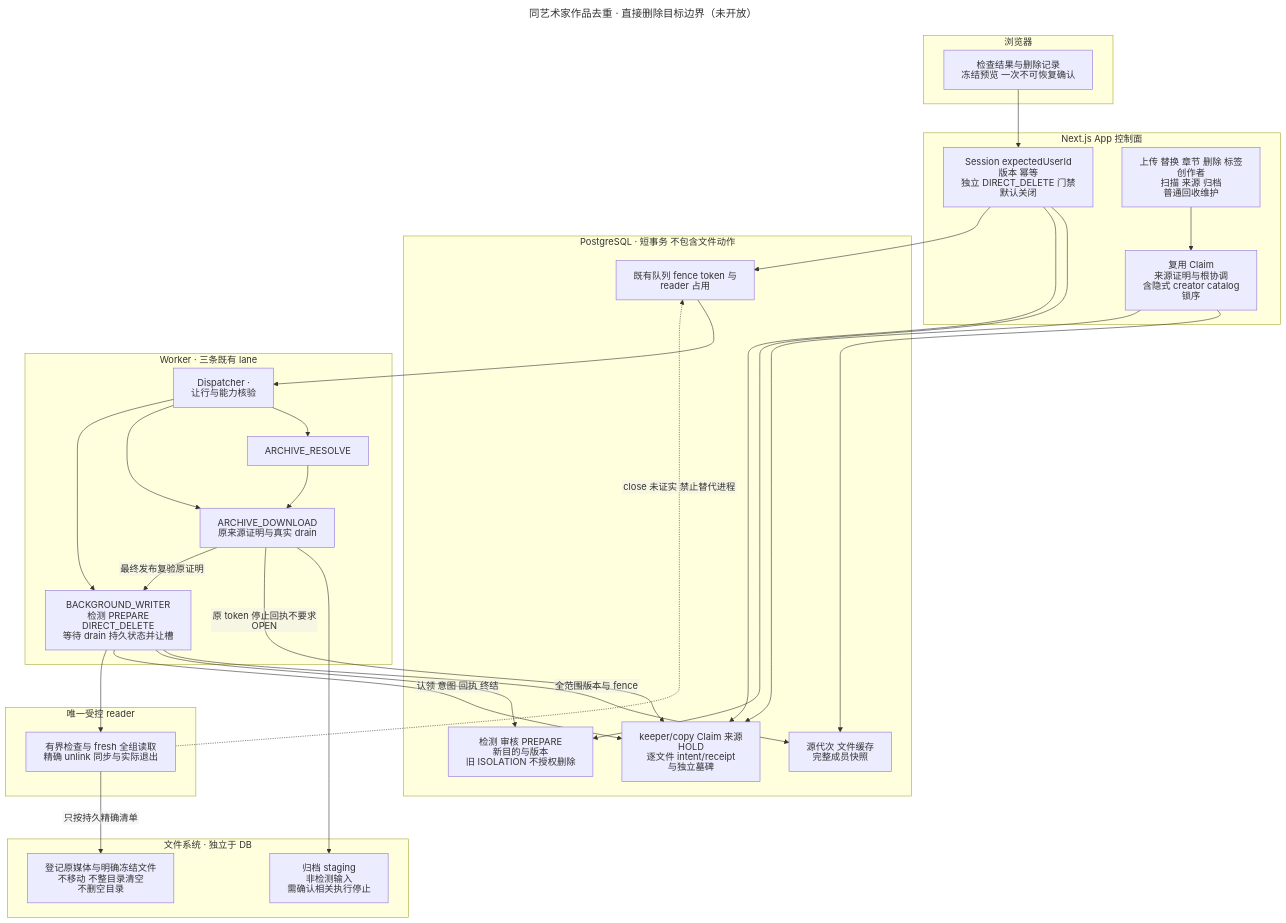
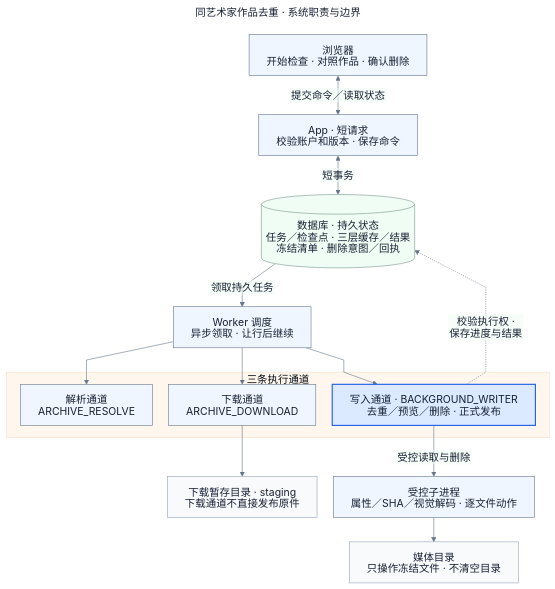
Before and after one commit to namehu/PixiShelf: the diagram in docs/diagrams/features/artwork-deduplication/architecture.mmd, drawn with Mermaid. The commit also changed 23 other files, not shown here.

Commit message:
docs(dedup): unify current workflows architecture and limits

```diff
--- a/docs/diagrams/features/artwork-deduplication/architecture.mmd
+++ b/docs/diagrams/features/artwork-deduplication/architecture.mmd
@@ -1,53 +1,48 @@
 ---
 config:
+  theme: base
   htmlLabels: false
+  themeVariables:
+    fontFamily: 'Arial, PingFang SC, Microsoft YaHei, sans-serif'
+    fontSize: 18px
+    background: '#ffffff'
+    primaryColor: '#eff6ff'
+    primaryTextColor: '#172033'
+    primaryBorderColor: '#64748b'
+    lineColor: '#64748b'
+    secondaryColor: '#f0fdf4'
+    tertiaryColor: '#fff7ed'
   flowchart:
     htmlLabels: false
-title: 同艺术家作品去重 · 直接删除目标边界（未开放）
+    curve: linear
+    nodeSpacing: 28
+    rankSpacing: 42
+    wrappingWidth: 340
+title: 同艺术家作品去重 · 系统职责与边界
 ---
 flowchart TB
-  subgraph Browser[浏览器]
-    A01[检查结果与删除记录<br/>冻结预览 一次不可恢复确认]
+  A01[浏览器<br/>开始检查 · 对照作品 · 确认删除]
+  A02[App · 短请求<br/>校验账户和版本 · 保存命令]
+  A03[(数据库 · 持久状态<br/>任务／检查点 · 三层缓存／结果<br/>冻结清单 · 删除意图／回执)]
+  A05[Worker 调度<br/>异步领取 · 让行后继续]
+  subgraph Worker[三条执行通道]
+    A06[解析通道<br/>ARCHIVE_RESOLVE]
+    A07[下载通道<br/>ARCHIVE_DOWNLOAD]
+    A08[写入通道 · BACKGROUND_WRITER<br/>去重／预览／删除 · 正式发布]
   end
-  subgraph App[Next.js App 控制面]
-    A02[Session expectedUserId 版本 幂等<br/>独立 DIRECT_DELETE 门禁 默认关闭]
-    A03[上传 替换 章节 删除 标签 创作者<br/>扫描 来源 归档 普通回收维护]
-    A04[复用 Claim 来源证明与根协调<br/>含隐式 creator catalog 锁序]
-  end
-  subgraph DB[PostgreSQL · 短事务 不包含文件动作]
-    A05[源代次 文件缓存 完整成员快照]
-    A06[检测 审核 PREPARE 新目的与版本<br/>旧 ISOLATION 不授权删除]
-    A07[keeper/copy Claim 来源 HOLD<br/>逐文件 intent/receipt 与独立墓碑]
-    A08[既有队列 fence token 与 reader 占用]
-  end
-  subgraph Worker[Worker · 三条既有 lane]
-    A09[Dispatcher · 让行与能力核验]
-    A10[ARCHIVE_RESOLVE]
-    A11[ARCHIVE_DOWNLOAD<br/>原来源证明与真实 drain]
-    A12[BACKGROUND_WRITER<br/>检测 PREPARE DIRECT_DELETE<br/>等待 drain 持久状态并让槽]
-  end
-  subgraph Reader[唯一受控 reader]
-    A13[有界检查与 fresh 全组读取<br/>精确 unlink 同步与实际退出]
-  end
-  subgraph FS[文件系统 · 独立于 DB]
-    A14[登记原媒体与明确冻结文件<br/>不移动 不整目录清空 不删空目录]
-    A15[归档 staging<br/>非检测输入 需确认相关执行停止]
-  end
-  A01 --> A02 --> A06
-  A02 --> A07
-  A02 --> A08
-  A03 --> A04
-  A04 --> A05
-  A04 --> A07
-  A08 --> A09
-  A09 --> A10 --> A11
-  A09 --> A11
-  A09 --> A12
-  A11 --> A15
-  A11 -->|原 token 停止回执不要求 OPEN| A07
-  A11 -->|最终发布复验原证明| A12
-  A12 -->|全范围版本与 fence| A05
-  A12 --> A06
-  A12 -->|认领 意图 回执 终结| A07
-  A12 --> A13 -->|只按持久精确清单| A14
-  A13 -.->|close 未证实 禁止替代进程| A08
+  A09[受控子进程<br/>属性／SHA／视觉解码 · 逐文件动作]
+  A10[下载暂存目录 · staging<br/>下载通道不直接发布原件]
+  A11[媒体目录<br/>只操作冻结文件 · 不清空目录]
+  A01 <-->|提交命令／读取状态| A02
+  A02 <-->|短事务| A03
+  A03 -->|领取持久任务| A05
+  A05 --> A06 & A07 & A08
+  A07 --> A10
+  A08 -->|受控读取与删除| A09 --> A11
+  A08 -.->|校验执行权 · 保存进度与结果| A03
+  classDef store fill:#f0fdf4,stroke:#779489
+  classDef disk fill:#f8fafc,stroke:#94a3b8
+  classDef writer fill:#dbeafe,stroke:#2563eb,stroke-width:2px
+  class A03 store
+  class A10,A11 disk
+  class A08 writer
```
